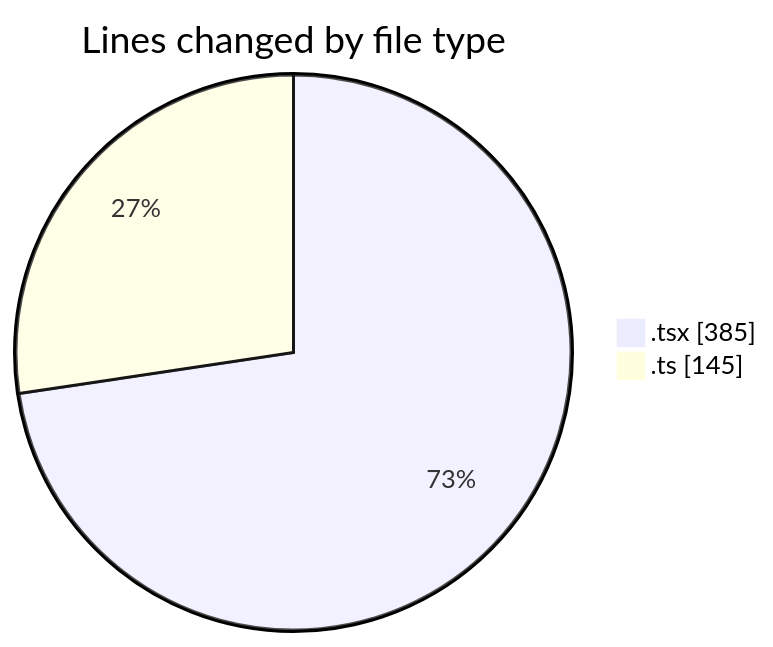
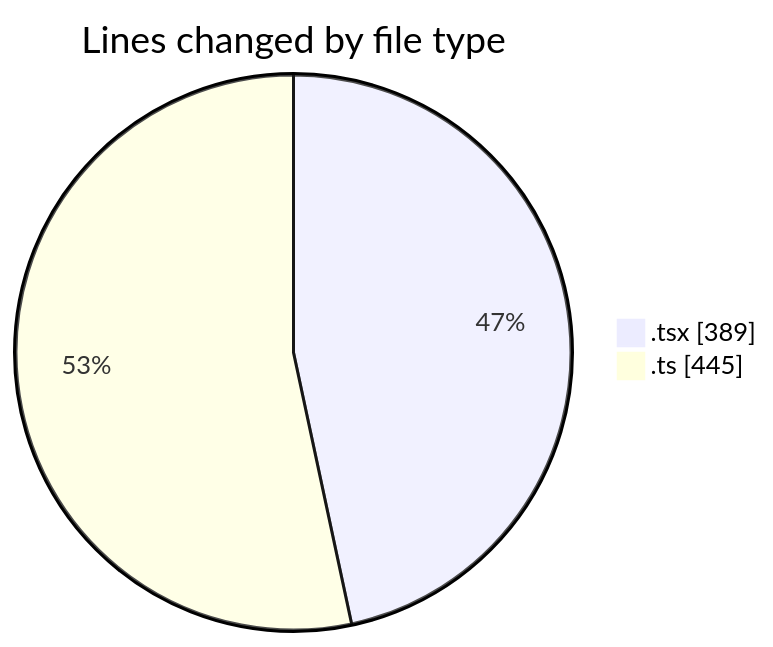
The first of 2 diagrams in 2025-11-23/eventscop-frontend-guide__workspace_/README.md (julien-gomy/code-tracking), drawn with Mermaid before and after one commit. The commit also changed other lines of this file and 1 other file, not shown here.

````diff
--- a/2025-11-23/eventscop-frontend-guide__workspace_/README.md
+++ b/2025-11-23/eventscop-frontend-guide__workspace_/README.md
@@ -26,6 +27,6 @@
 ```mermaid
 pie showData
 title Lines changed by file type
-".tsx" : 385
-".ts" : 145
+".tsx" : 389
+".ts" : 445
 ```
````
